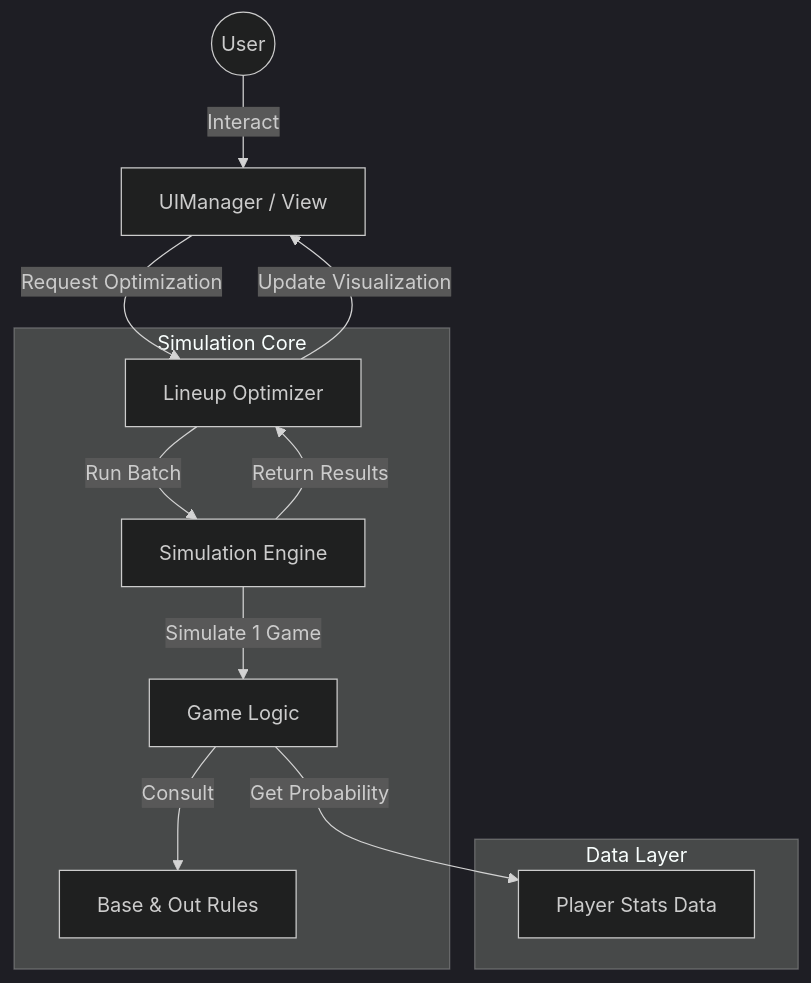
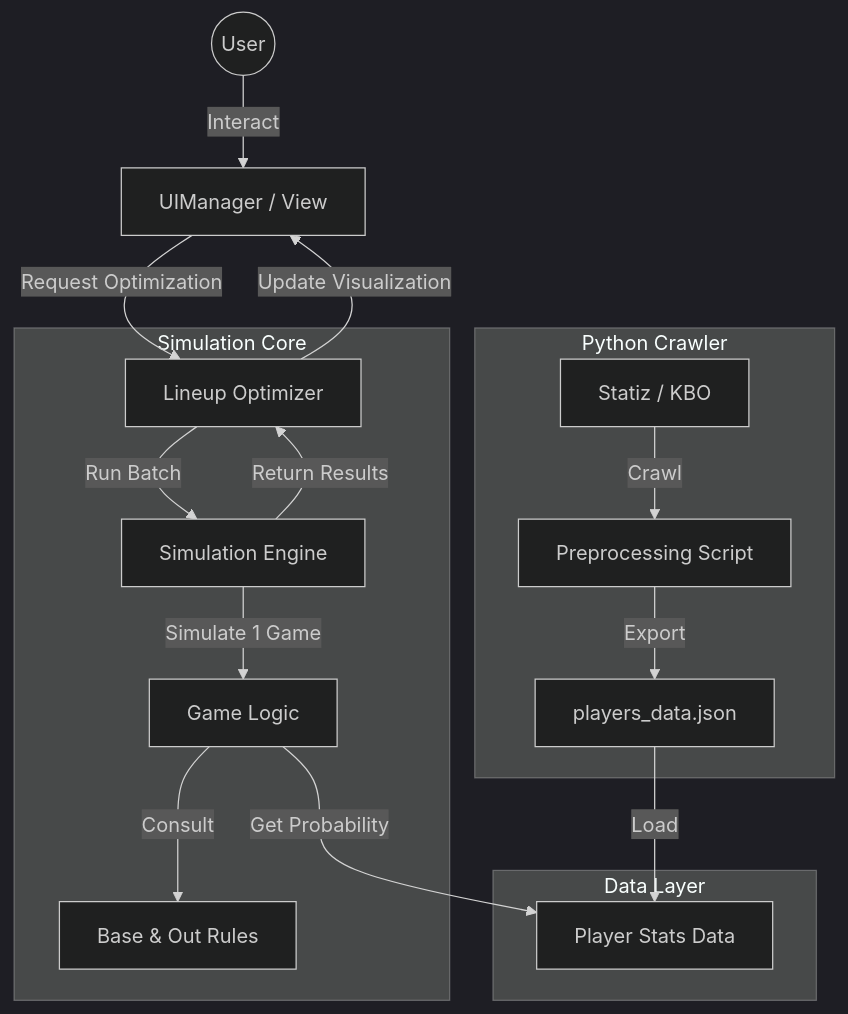
The diagram in README.md (minjae-488/hanwhalinup), drawn with Mermaid (dark theme) before and after one commit. The commit also changed other lines of this file and 3 other files, not shown here.

Commit message:
Update docs: Data Pipeline, Genetic Algorithm, and feature refinements

````diff
--- a/README.md
+++ b/README.md
@@ -50,24 +57,29 @@
 ```mermaid
 graph TD
     User((User)) -->|Interact| UI[UIManager / View]
     
+    subgraph Data Pipeline [Python Crawler]
+        Statiz[Statiz / KBO] -->|Crawl| PyScript[Preprocessing Script]
+        PyScript -->|Export| JSON[players_data.json]
+    end
+
     subgraph Core Logic [Simulation Core]
         Optimizer[Lineup Optimizer]
         SimEngine[Simulation Engine]
         Game[Game Logic]
         Rules[Base & Out Rules]
     end
     
     subgraph Data Layer
-        Stats[Player Stats Data]
+        JSON -->|Load| Stats[Player Stats Data]
     end
 
     UI -->|Request Optimization| Optimizer
     Optimizer -->|Run Batch| SimEngine
     SimEngine -->|Simulate 1 Game| Game
     Game -->|Consult| Rules
     Game -->|Get Probability| Stats
     
     SimEngine -->|Return Results| Optimizer
     Optimizer -->|Update Visualization| UI
 ```
````
